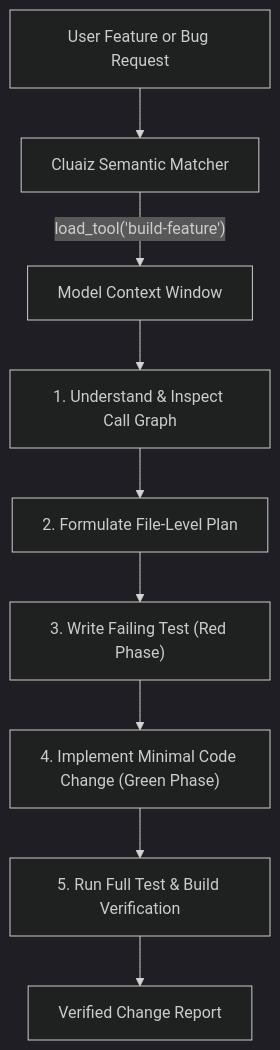
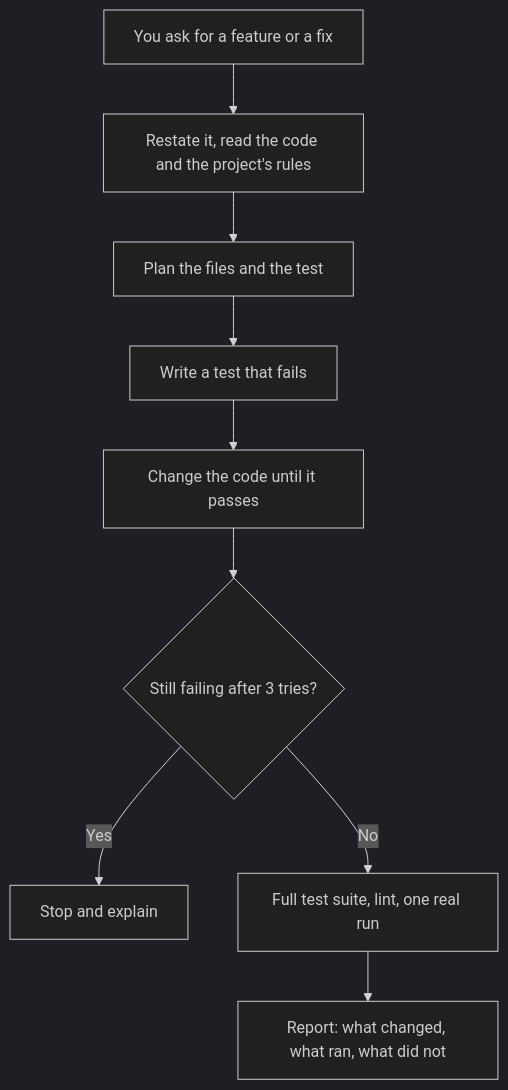
One commit to cluaiz/cluaiz-tools changed the diagram in skills/build-feature/README.md. Above: the diagram before and after it, drawn with Mermaid (dark theme). The commit also changed other lines of this file and 80 other files, not shown here.

````diff
--- a/skills/build-feature/README.md
+++ b/skills/build-feature/README.md
@@ -15,11 +7,11 @@
 ```mermaid
 flowchart TD
-    User["User Feature or Bug Request"] --> Matcher["Cluaiz Semantic Matcher"]
-    Matcher -->|"load_tool('build-feature')"| Context["Model Context Window"]
-    Context --> Step1["1. Understand & Inspect Call Graph"]
-    Step1 --> Step2["2. Formulate File-Level Plan"]
-    Step2 --> Step3["3. Write Failing Test (Red Phase)"]
-    Step3 --> Step4["4. Implement Minimal Code Change (Green Phase)"]
-    Step4 --> Step5["5. Run Full Test & Build Verification"]
-    Step5 --> Output["Verified Change Report"]
+    Ask["You ask for a feature or a fix"] --> Understand["Restate it, read the code and the project's rules"]
+    Understand --> Plan["Plan the files and the test"]
+    Plan --> Test["Write a test that fails"]
+    Test --> Build["Change the code until it passes"]
+    Build --> Stuck{"Still failing after 3 tries?"}
+    Stuck -- "Yes" --> Report["Stop and explain"]
+    Stuck -- "No" --> Verify["Full test suite, lint, one real run"]
+    Verify --> Done["Report: what changed, what ran, what did not"]
 ```
````
